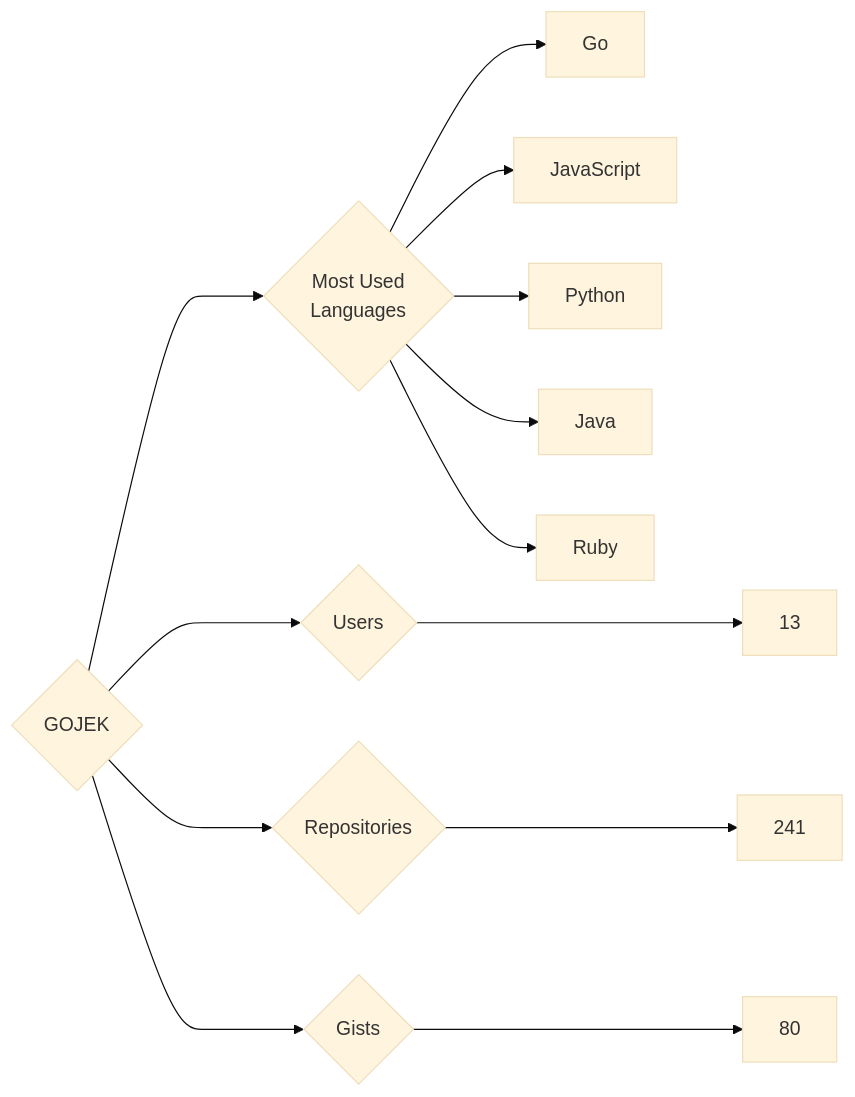
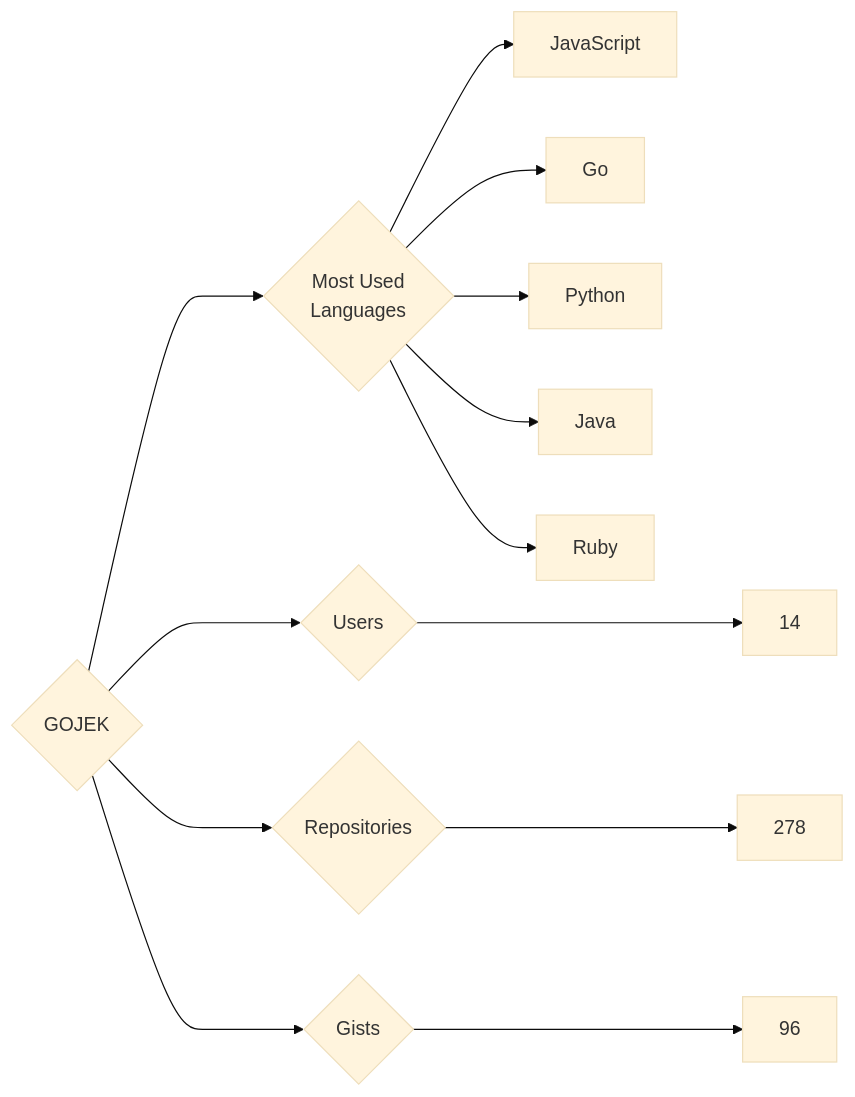
Before and after one commit to trickest/insiders: the diagram in targets/GOJEK/README.md, drawn with Mermaid (base theme). The commit also changed 823 other files, not shown here.

````diff
--- a/targets/GOJEK/README.md
+++ b/targets/GOJEK/README.md
@@ -3,13 +3,13 @@
 ```mermaid
 graph LR
 COMPANY_NAME{GOJEK}
-COMPANY_NAME ---> U{Users} ---> UN[13]
-COMPANY_NAME ---> R{Repositories} ---> RN[241]
-COMPANY_NAME ---> G{Gists} ---> GN[80]
+COMPANY_NAME ---> U{Users} ---> UN[14]
+COMPANY_NAME ---> R{Repositories} ---> RN[278]
+COMPANY_NAME ---> G{Gists} ---> GN[96]
 COMPANY_NAME ---> ML{Most Used<br>Languages}
+ML --> JavaScript[JavaScript]
 ML --> Go[Go]
-ML --> JavaScript[JavaScript]
 ML --> Python[Python]
 ML --> Java[Java]
 ML --> Ruby[Ruby]
 ```
````
